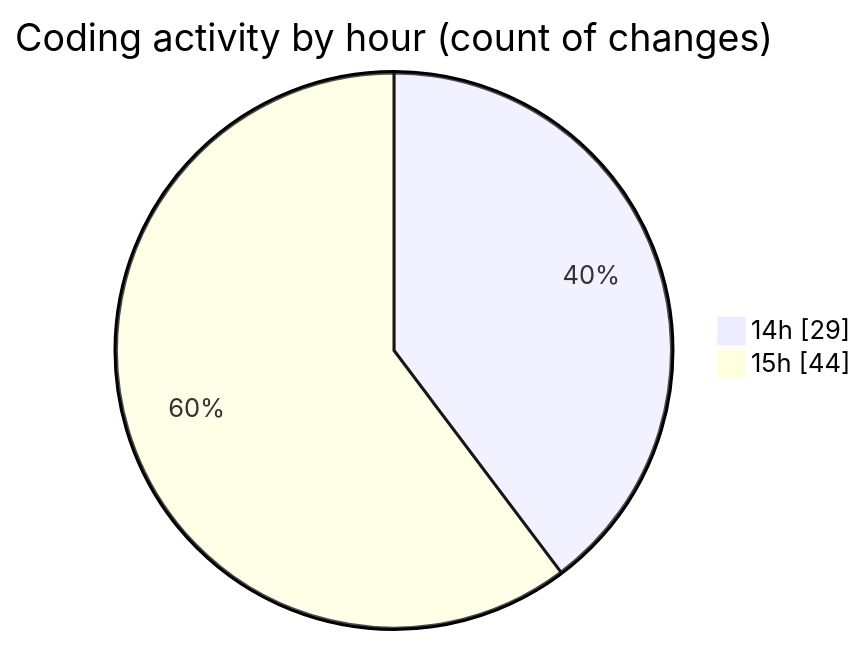
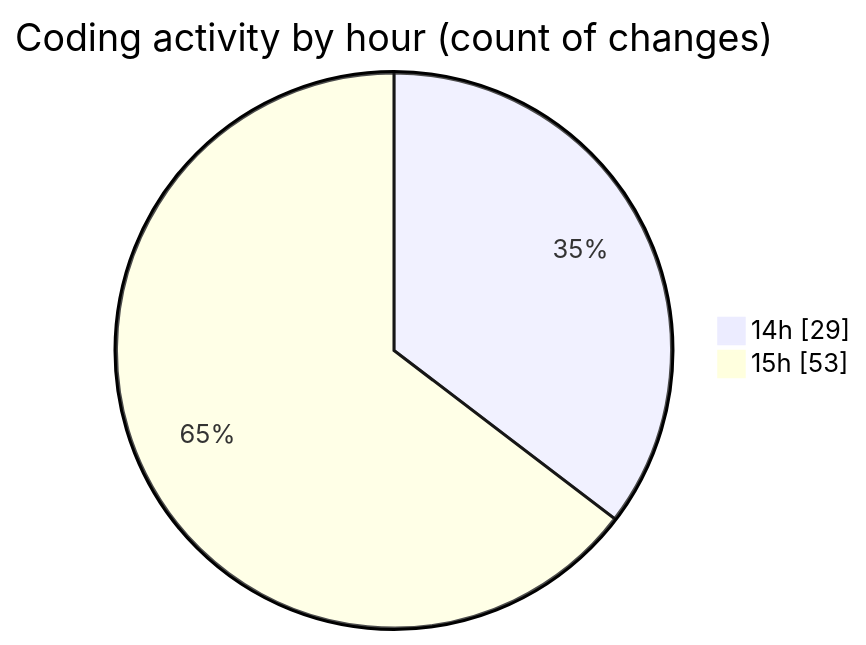
One commit to CELIANVF/code-tracking changed the second of 2 diagrams in 2025-06-05/ecodeli-1/README.md. Above: the diagram before and after it, drawn with Mermaid. The commit also changed other lines of this file and 1 other file, not shown here.

````diff
--- a/2025-06-05/ecodeli-1/README.md
+++ b/2025-06-05/ecodeli-1/README.md
@@ -61,6 +62,6 @@
 ```mermaid
 pie showData
 title Coding activity by hour (count of changes)
 "14h" : 29
-"15h" : 44
+"15h" : 53
 ```
````
